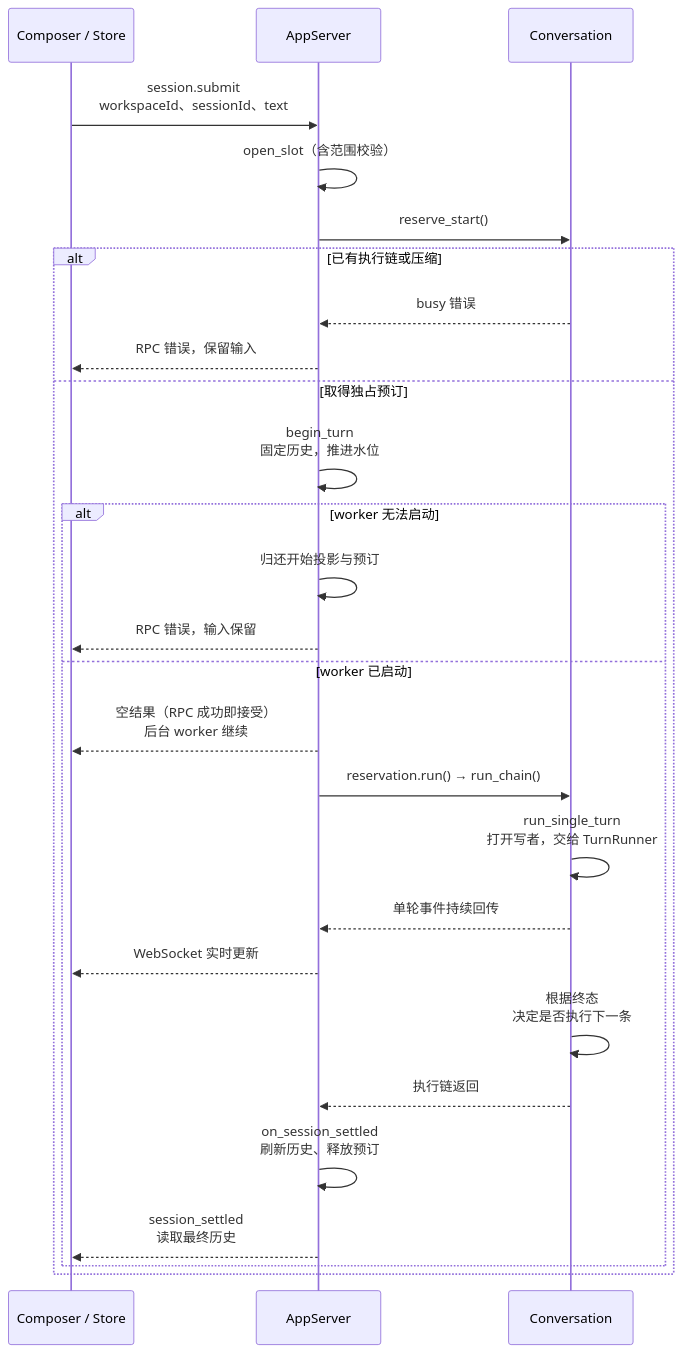
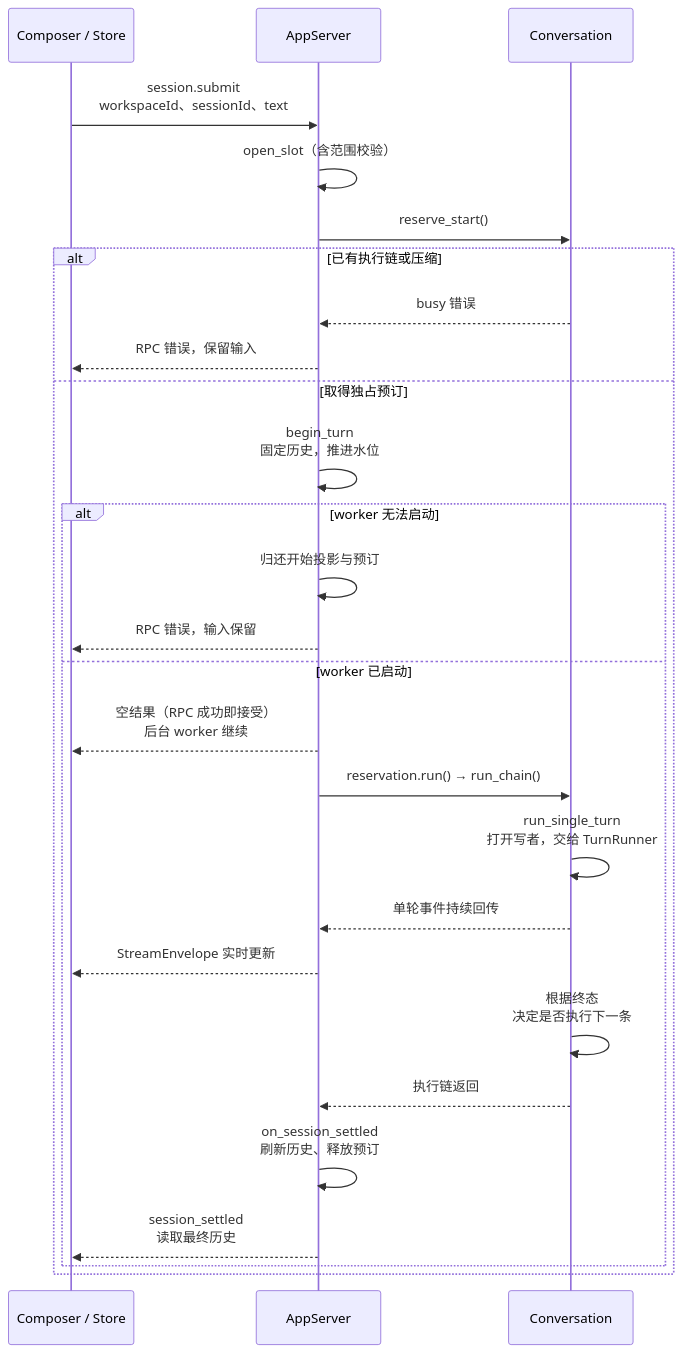
Diagram 12 of 29 in docs/architecture.md (qjcnmd/singularity-agent), drawn with Mermaid before and after one commit. The commit also changed other lines of this file and 193 other files, not shown here.

````diff
--- a/docs/architecture.md
+++ b/docs/architecture.md
@@ -323,29 +321,29 @@
 ```mermaid
 sequenceDiagram
     participant UI as Composer / Store
     participant WB as AppServer
     participant Conv as Conversation
     UI->>WB: session.submit<br/>workspaceId、sessionId、text
     WB->>WB: open_slot（含范围校验）
     WB->>Conv: reserve_start()
     alt 已有执行链或压缩
         Conv-->>WB: busy 错误
         WB-->>UI: RPC 错误，保留输入
     else 取得独占预订
         WB->>WB: begin_turn<br/>固定历史，推进水位
         alt worker 无法启动
             WB->>WB: 归还开始投影与预订
             WB-->>UI: RPC 错误，输入保留
         else worker 已启动
             WB-->>UI: 空结果（RPC 成功即接受）<br/>后台 worker 继续
             WB->>Conv: reservation.run() → run_chain()
             Conv->>Conv: run_single_turn<br/>打开写者，交给 TurnRunner
             Conv-->>WB: 单轮事件持续回传
-            WB-->>UI: WebSocket 实时更新
+            WB-->>UI: StreamEnvelope 实时更新
             Conv->>Conv: 根据终态<br/>决定是否执行下一条
             Conv-->>WB: 执行链返回
             WB->>WB: on_session_settled<br/>刷新历史、释放预订
             WB-->>UI: session_settled<br/>读取最终历史
         end
     end
 ```
````
